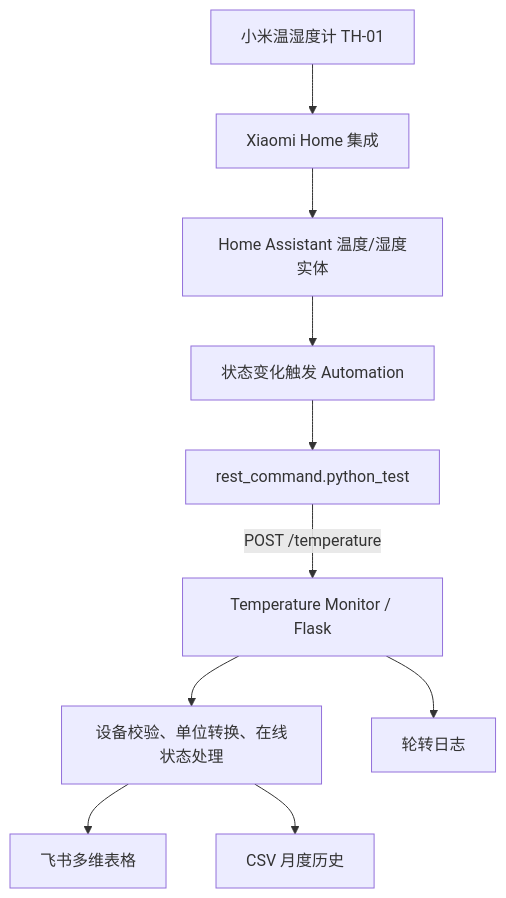
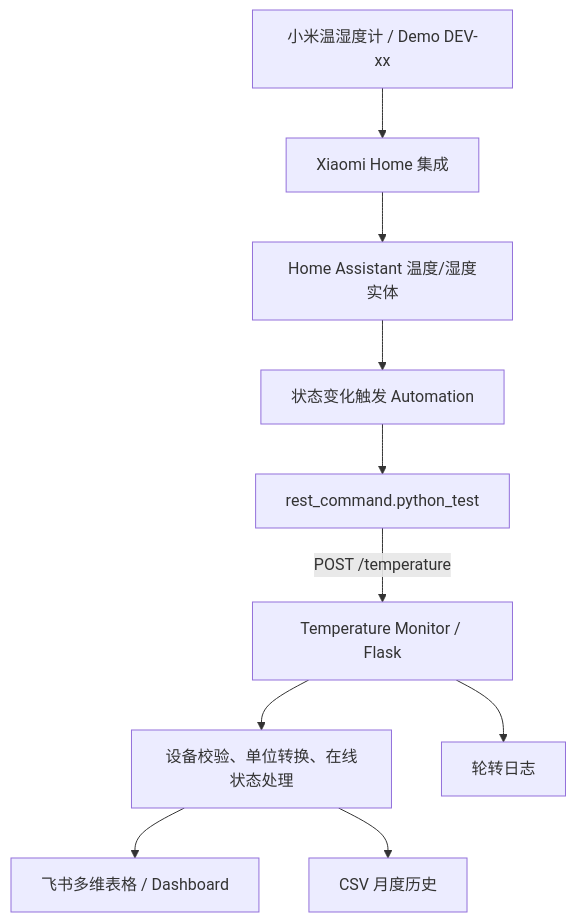
The diagram in README.md (neilchen-dev/temperature-monitor), drawn with Mermaid before and after one commit. The commit also changed other lines of this file, not shown here.

````diff
--- a/README.md
+++ b/README.md
@@ -17,12 +29,12 @@
 ```mermaid
 flowchart TD
-    sensor["小米温湿度计 TH-01"] --> integration["Xiaomi Home 集成"]
+    sensor["小米温湿度计 / Demo DEV-xx"] --> integration["Xiaomi Home 集成"]
     integration --> entity["Home Assistant 温度/湿度实体"]
     entity --> automation["状态变化触发 Automation"]
     automation --> rest["rest_command.python_test"]
     rest -->|"POST /temperature"| api["Temperature Monitor / Flask"]
     api --> validate["设备校验、单位转换、在线状态处理"]
-    validate --> feishu["飞书多维表格"]
+    validate --> feishu["飞书多维表格 / Dashboard"]
     validate --> csv["CSV 月度历史"]
     api --> log["轮转日志"]
 ```
````
